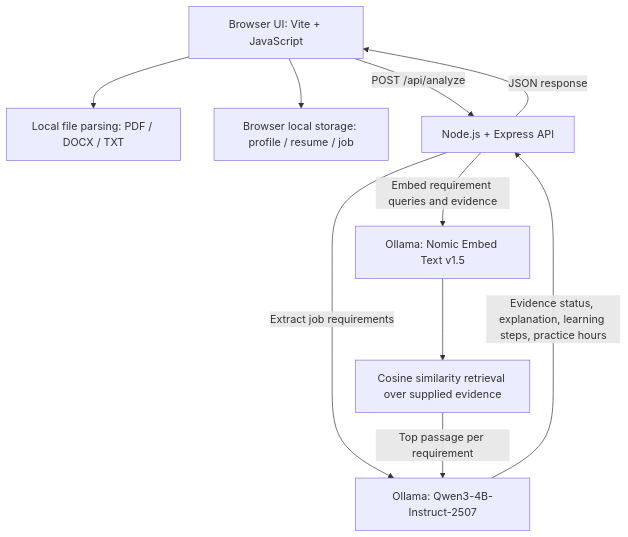
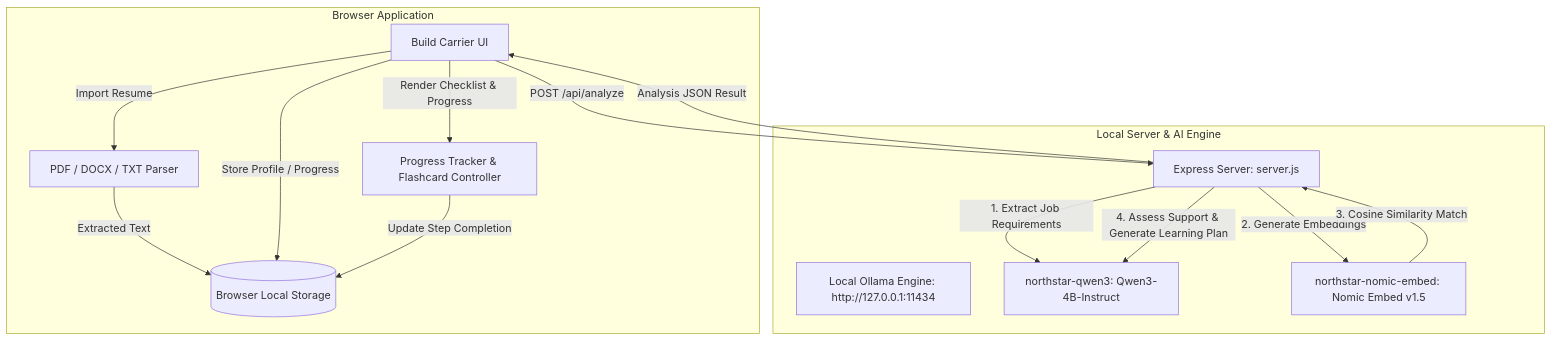
The diagram in README.md (lakshithatturi/buildcarrer), drawn with Mermaid before and after one commit. The commit also changed other lines of this file and 6 other files, not shown here.

Commit message:
Update site branding to Build Carrier, enhance Learning Plan with progress tracking & flashcards mode, optimize local Ollama model inference, and update README architecture flowchart

````diff
--- a/README.md
+++ b/README.md
@@ -18,12 +23,28 @@
 ```mermaid
 flowchart TD
-    A[Browser UI: Vite + JavaScript] --> B[Local file parsing: PDF / DOCX / TXT]
-    A --> C[Browser local storage: profile / resume / job]
-    A -->|POST /api/analyze| D[Node.js + Express API]
-    D -->|Extract job requirements| E[Ollama: Qwen3-4B-Instruct-2507]
-    D -->|Embed requirement queries and evidence| F[Ollama: Nomic Embed Text v1.5]
-    F --> G[Cosine similarity retrieval over supplied evidence]
-    G -->|Top passage per requirement| E
-    E -->|Evidence status, explanation, learning steps, practice hours| D
-    D -->|JSON response| A
+    subgraph Client [Browser Application]
+        UI[Build Carrier UI]
+        Storage[(Browser Local Storage)]
+        PDF[PDF / DOCX / TXT Parser]
+        Tracker[Progress Tracker & Flashcard Controller]
+    end
+
+    subgraph Backend [Local Server & AI Engine]
+        Server[Express Server: server.js]
+        Ollama[Local Ollama Engine: http://127.0.0.1:11434]
+        LLM[northstar-qwen3: Qwen3-4B-Instruct]
+        Embed[northstar-nomic-embed: Nomic Embed v1.5]
+    end
+
+    UI -->|Import Resume| PDF
+    PDF -->|Extracted Text| Storage
+    UI -->|Store Profile / Progress| Storage
+    UI -->|POST /api/analyze| Server
+    Server -->|1. Extract Job Requirements| LLM
+    Server -->|2. Generate Embeddings| Embed
+    Embed -->|3. Cosine Similarity Match| Server
+    Server -->|4. Assess Support & Generate Learning Plan| LLM
+    Server -->|Analysis JSON Result| UI
+    UI -->|Render Checklist & Progress| Tracker
+    Tracker -->|Update Step Completion| Storage
 ```
````
